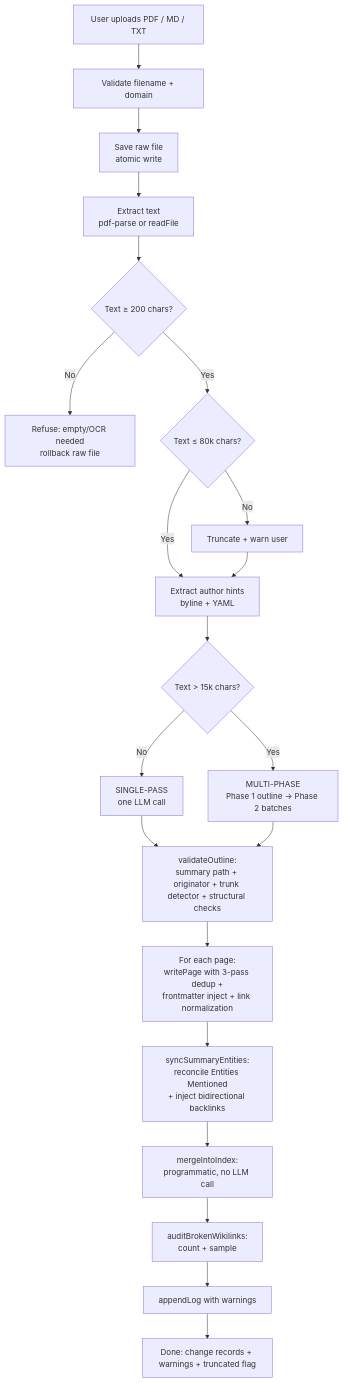
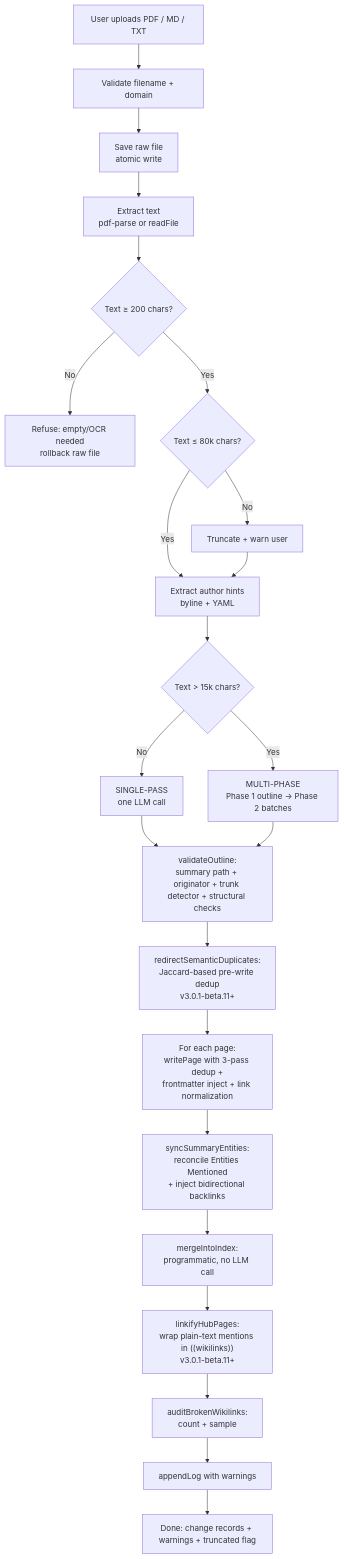
The first of 6 diagrams in docs/ingestion-pipeline.md (talirezun/the-curator), drawn with Mermaid before and after one commit. The commit also changed other lines of this file and 12 other files, not shown here.

````diff
--- a/docs/ingestion-pipeline.md
+++ b/docs/ingestion-pipeline.md
@@ -23,23 +23,25 @@
 ```mermaid
 flowchart TD
     A[User uploads PDF / MD / TXT] --> B[Validate filename + domain]
     B --> C[Save raw file<br/>atomic write]
     C --> D[Extract text<br/>pdf-parse or readFile]
     D --> E{Text ≥ 200 chars?}
     E -- No --> X1[Refuse: empty/OCR needed<br/>rollback raw file]
     E -- Yes --> F{Text ≤ 80k chars?}
     F -- No --> G[Truncate + warn user]
     F -- Yes --> H[Extract author hints<br/>byline + YAML]
     G --> H
     H --> I{Text > 15k chars?}
     I -- No --> J[SINGLE-PASS<br/>one LLM call]
     I -- Yes --> K[MULTI-PHASE<br/>Phase 1 outline → Phase 2 batches]
     J --> L[validateOutline:<br/>summary path + originator + trunk detector + structural checks]
     K --> L
-    L --> M[For each page:<br/>writePage with 3-pass dedup +<br/>frontmatter inject + link normalization]
+    L --> L2[redirectSemanticDuplicates:<br/>Jaccard-based pre-write dedup<br/>v3.0.1-beta.11+]
+    L2 --> M[For each page:<br/>writePage with 3-pass dedup +<br/>frontmatter inject + link normalization]
     M --> N[syncSummaryEntities:<br/>reconcile Entities Mentioned<br/>+ inject bidirectional backlinks]
     N --> O[mergeIntoIndex:<br/>programmatic, no LLM call]
-    O --> P[auditBrokenWikilinks:<br/>count + sample]
+    O --> P1[linkifyHubPages:<br/>wrap plain-text mentions in &lpar;&lpar;wikilinks&rpar;&rpar;<br/>v3.0.1-beta.11+]
+    P1 --> P[auditBrokenWikilinks:<br/>count + sample]
     P --> Q[appendLog with warnings]
     Q --> Y[Done: change records + warnings + truncated flag]
 ```
````
